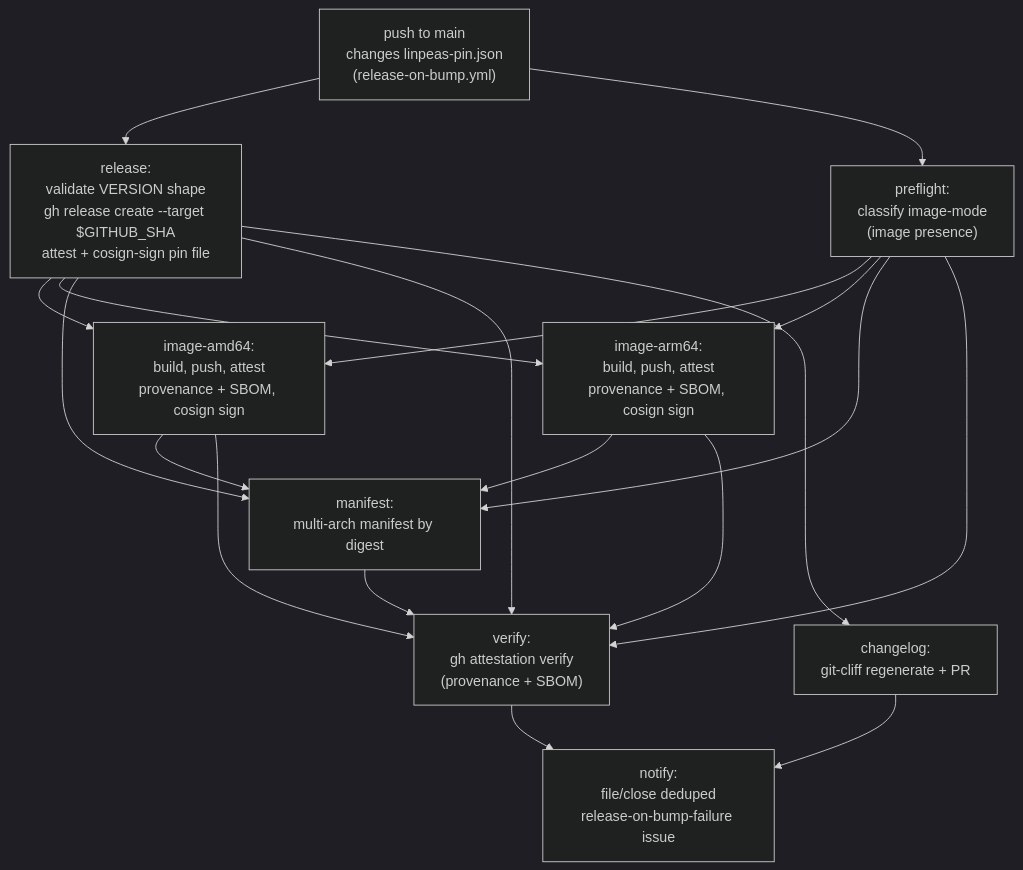
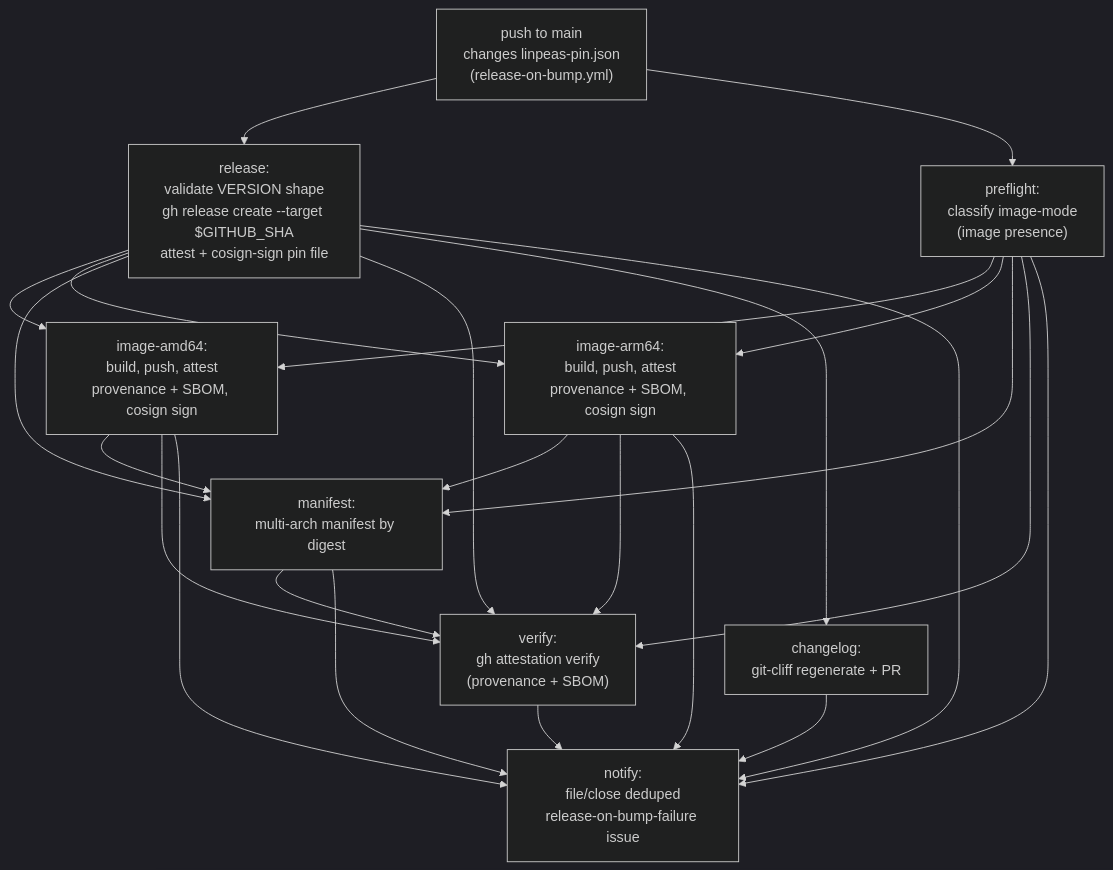
The second of 3 diagrams in docs/architecture/auto-update.md (rvenutolo/linPEAS-flake), drawn with Mermaid (dark theme) before and after one commit. The commit also changed 5 other files, not shown here.

````diff
--- a/docs/architecture/auto-update.md
+++ b/docs/architecture/auto-update.md
@@ -30,31 +30,36 @@
 ```mermaid
 flowchart TD
   trigger["push to main<br/>changes linpeas-pin.json<br/>(release-on-bump.yml)"]
   preflight["preflight:<br/>classify image-mode<br/>(image presence)"]
   release["release:<br/>validate VERSION shape<br/>gh release create --target $GITHUB_SHA<br/>attest + cosign-sign pin file"]
   image_amd64["image-amd64:<br/>build, push, attest<br/>provenance + SBOM, cosign sign"]
   image_arm64["image-arm64:<br/>build, push, attest<br/>provenance + SBOM, cosign sign"]
   manifest["manifest:<br/>multi-arch manifest by digest"]
   verify["verify:<br/>gh attestation verify<br/>(provenance + SBOM)"]
   changelog["changelog:<br/>git-cliff regenerate + PR"]
   notify["notify:<br/>file/close deduped<br/>release-on-bump-failure issue"]
 
   trigger --> release
   trigger --> preflight
   release --> image_amd64
   release --> image_arm64
   preflight --> image_amd64
   preflight --> image_arm64
   image_amd64 --> manifest
   image_arm64 --> manifest
   release --> manifest
   preflight --> manifest
   manifest --> verify
   release --> verify
   preflight --> verify
   image_amd64 --> verify
   image_arm64 --> verify
   release --> changelog
+  release --> notify
+  preflight --> notify
+  image_amd64 --> notify
+  image_arm64 --> notify
+  manifest --> notify
+  changelog --> notify
   verify --> notify
-  changelog --> notify
 ```
````
